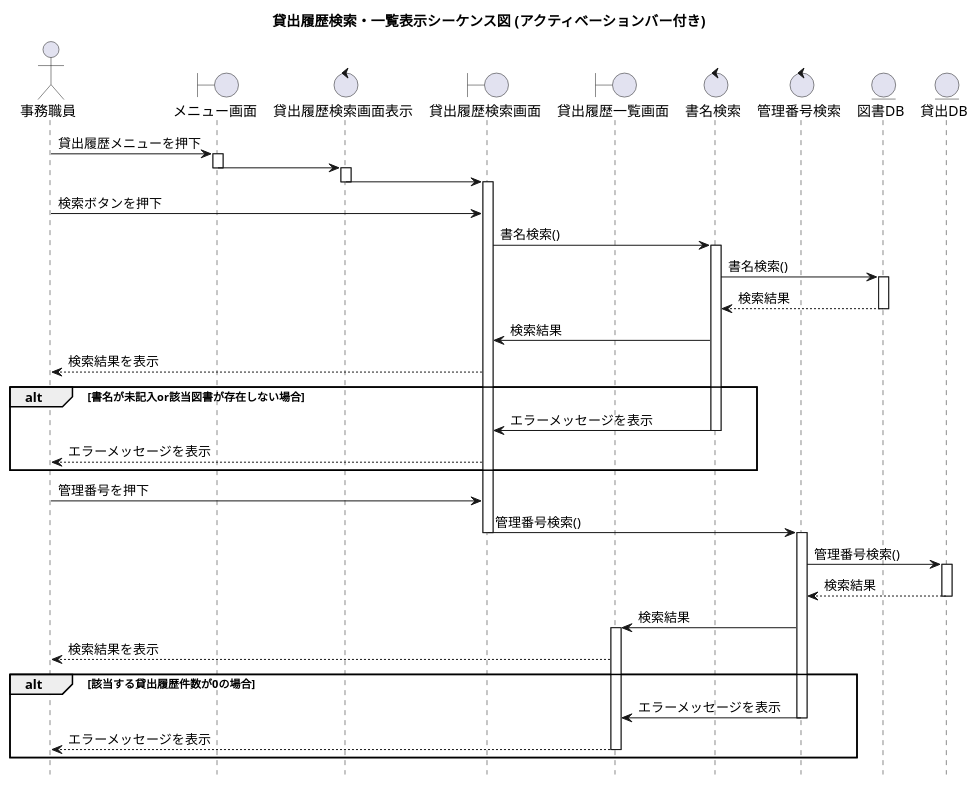
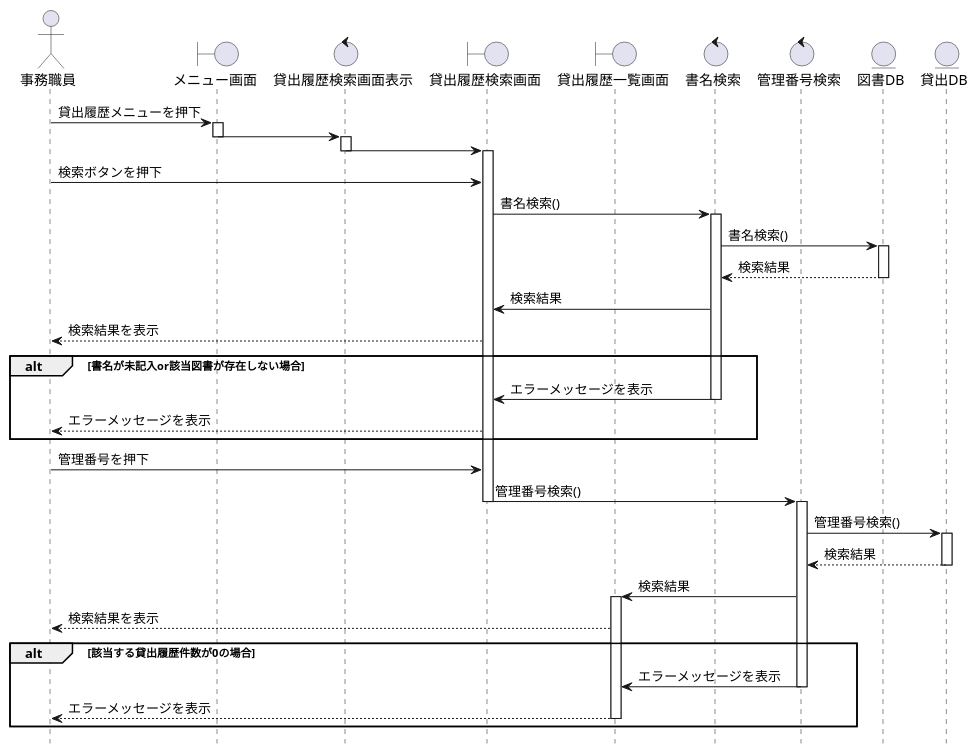
Before and after one commit to FujikawaHirono0520/group3_1_dogdog: the diagram in kouka2/sequense_view.pu, drawn with PlantUML.

Commit message:
閲覧履歴

```diff
--- a/kouka2/sequense_view.pu
+++ b/kouka2/sequense_view.pu
@@ -1,77 +1,76 @@
-@startuml
-title 貸出履歴検索・一覧表示シーケンス図 (アクティベーションバー付き)
+@startuml  貸出履歴検索・一覧表示シーケンス図 
 
 ' 図の下部にある参加者名を非表示にします
 hide footbox
 
 ' 参加者の定義
 actor 事務職員
 boundary "メニュー画面" as Menu
 control "貸出履歴検索画面表示" as SearchDisplayControl
 boundary "貸出履歴検索画面" as SearchScreen
 boundary "貸出履歴一覧画面" as ListScreen
 control "書名検索" as TitleSearchControl
 control "管理番号検索" as IdSearchControl
 entity "図書DB" as BookDB
 entity "貸出DB" as LoanDB
 
 
 ' 処理開始
 事務職員 -> Menu : 貸出履歴メニューを押下
 activate Menu
 Menu -> SearchDisplayControl : 
 deactivate Menu
 activate SearchDisplayControl
 SearchDisplayControl -> SearchScreen : 
 deactivate SearchDisplayControl
 activate SearchScreen
 
 ' 1. 書名による検索のフロー
 事務職員 -> SearchScreen : 検索ボタンを押下 
 SearchScreen -> TitleSearchControl : 書名検索()
 activate TitleSearchControl
 
 ' 検索成功ルート
 TitleSearchControl -> BookDB : 書名検索()
 activate BookDB
 BookDB --> TitleSearchControl : 検索結果
 deactivate BookDB
 TitleSearchControl -> SearchScreen : 検索結果
 SearchScreen --> 事務職員 : 検索結果を表示
 
 ' 検索エラーメッセージ表示ルート
 alt 書名が未記入or該当図書が存在しない場合
     TitleSearchControl -> SearchScreen : エラーメッセージを表示
     deactivate TitleSearchControl
     SearchScreen --> 事務職員 : エラーメッセージを表示
 end
 
 
 ' 2. 管理番号による一覧表示のフロー
 事務職員 -> SearchScreen : 管理番号を押下
 SearchScreen -> IdSearchControl : 管理番号検索()
 deactivate SearchScreen
 activate IdSearchControl
 
 IdSearchControl -> LoanDB : 管理番号検索()
 activate LoanDB
 LoanDB --> IdSearchControl : 検索結果
 deactivate LoanDB
 
 ' 一覧表示成功ルート
 IdSearchControl -> ListScreen : 検索結果
 activate ListScreen
 ListScreen --> 事務職員 : 検索結果を表示
 
 ' 一覧表示エラーメッセージ表示ルート
 alt 該当する貸出履歴件数が0の場合
     IdSearchControl -> ListScreen : エラーメッセージを表示
     deactivate IdSearchControl
     ListScreen --> 事務職員 : エラーメッセージを表示
     deactivate ListScreen
 end
 
 ' SearchScreen のアクティベーション終了
 deactivate SearchScreen
 
 @enduml
```
